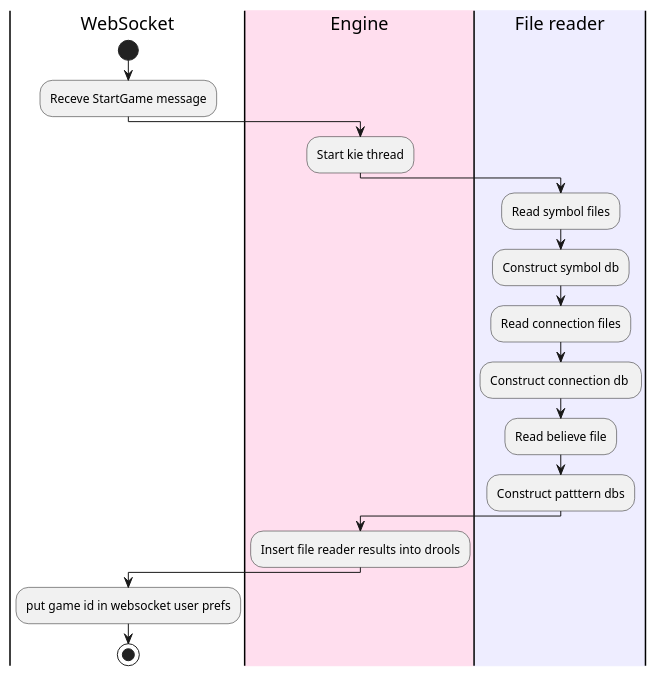
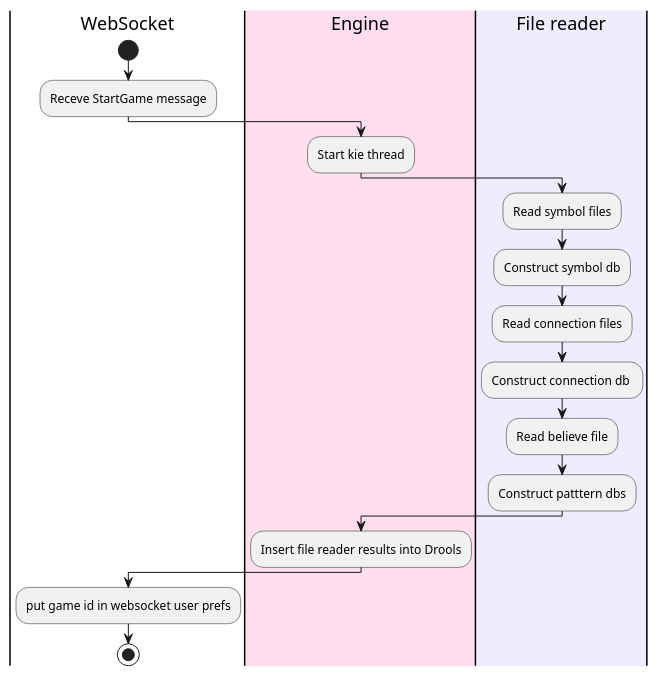
Diagram 18 of 26 in thesis/thesis.org (jappeace/methods-homework), drawn with PlantUML before and after one commit. The commit also changed other lines of this file, not shown here.

Commit message:
drools -> Drools

```diff
--- a/thesis/thesis.org
+++ b/thesis/thesis.org
@@ -3571,19 +3571,19 @@
 #+BEGIN_SRC plantuml :cache yes :file img/uml/initjung.png :exports results
   |WebSocket|
   start
   :Receve StartGame message;
   |#FFDEEE|Engine|
   :Start kie thread;
   |#EEEDFF|File reader|
   :Read symbol files;
   :Construct symbol db;
   :Read connection files;
   :Construct connection db ;
   :Read believe file;
   :Construct patttern dbs;
   |#FFDEEE|Engine|
-  :Insert file reader results into drools;
+  :Insert file reader results into Drools;
   |WebSocket|
   :put game id in websocket user prefs;
   stop
 #+END_SRC
```
